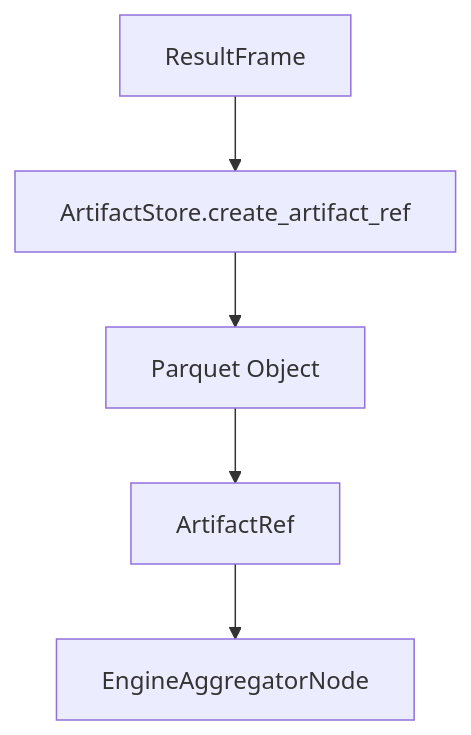
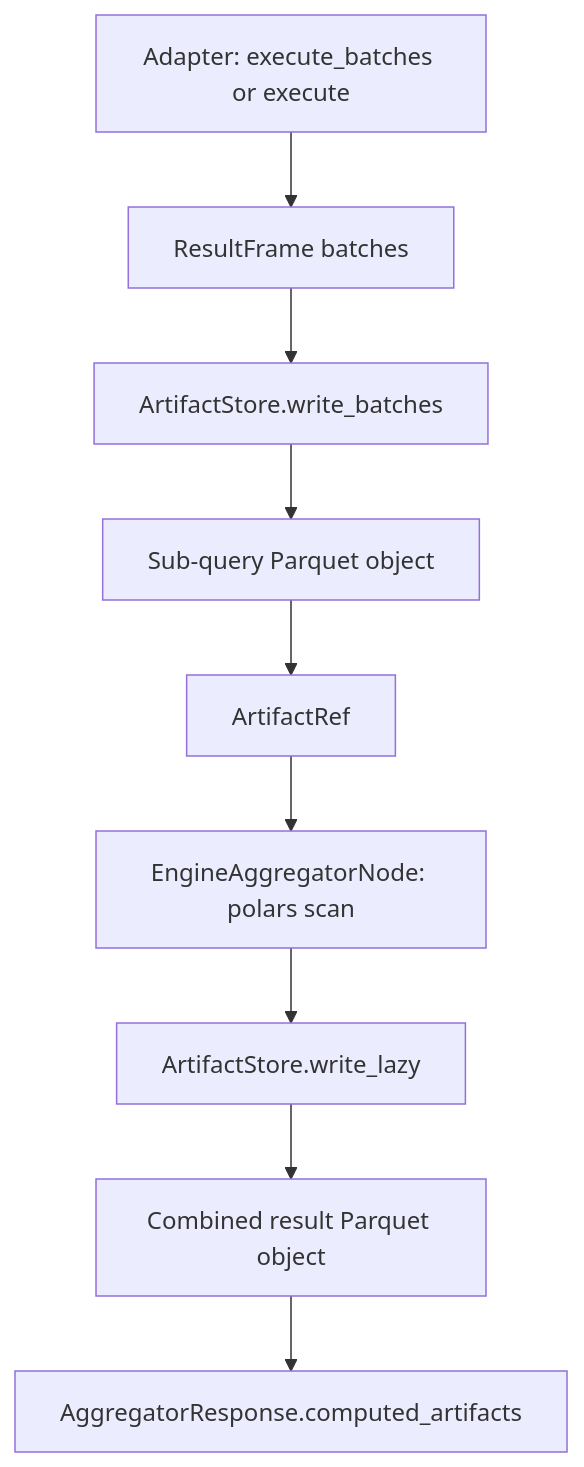
The diagram in docs/storage/artifact-store.md (nadeem4/nl2sql), drawn with Mermaid before and after one commit. The commit also changed other lines of this file and 23 other files, not shown here.

First line of the commit message:
feat(executor): fetch results in batches and save the combined result as an artifact (#234)

````diff
--- a/docs/storage/artifact-store.md
+++ b/docs/storage/artifact-store.md
@@ -7,7 +7,11 @@
 ```mermaid
 flowchart TD
-    ResultFrame[ResultFrame] --> Store[ArtifactStore.create_artifact_ref]
-    Store --> Parquet[Parquet Object]
+    Adapter[Adapter: execute_batches or execute] --> Batches[ResultFrame batches]
+    Batches --> Store[ArtifactStore.write_batches]
+    Store --> Parquet[Sub-query Parquet object]
     Parquet --> Ref[ArtifactRef]
-    Ref --> Aggregation[EngineAggregatorNode]
+    Ref --> Aggregation[EngineAggregatorNode: polars scan]
+    Aggregation --> Combined[ArtifactStore.write_lazy]
+    Combined --> Result[Combined result Parquet object]
+    Result --> Computed[AggregatorResponse.computed_artifacts]
 ```
````
